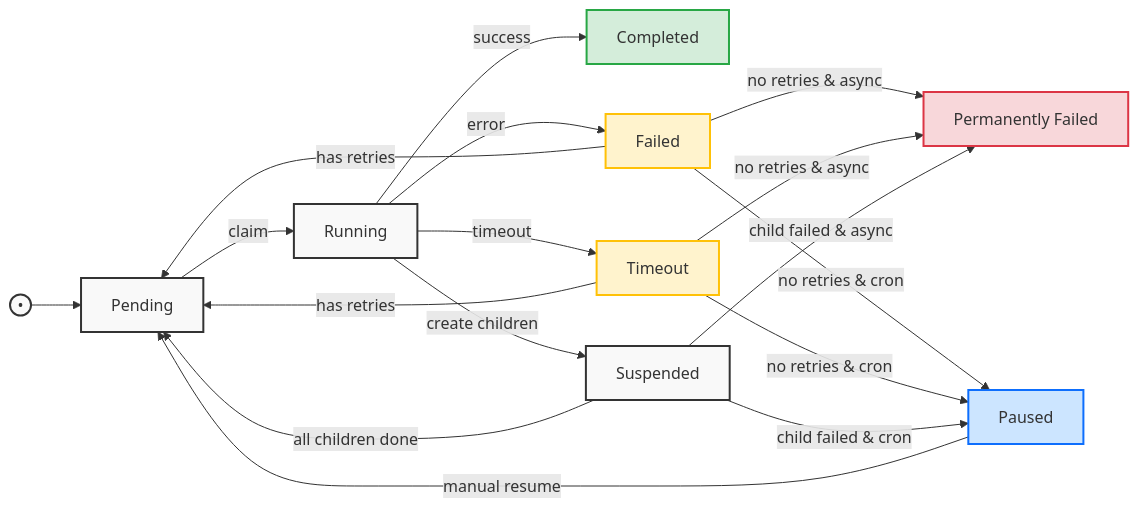
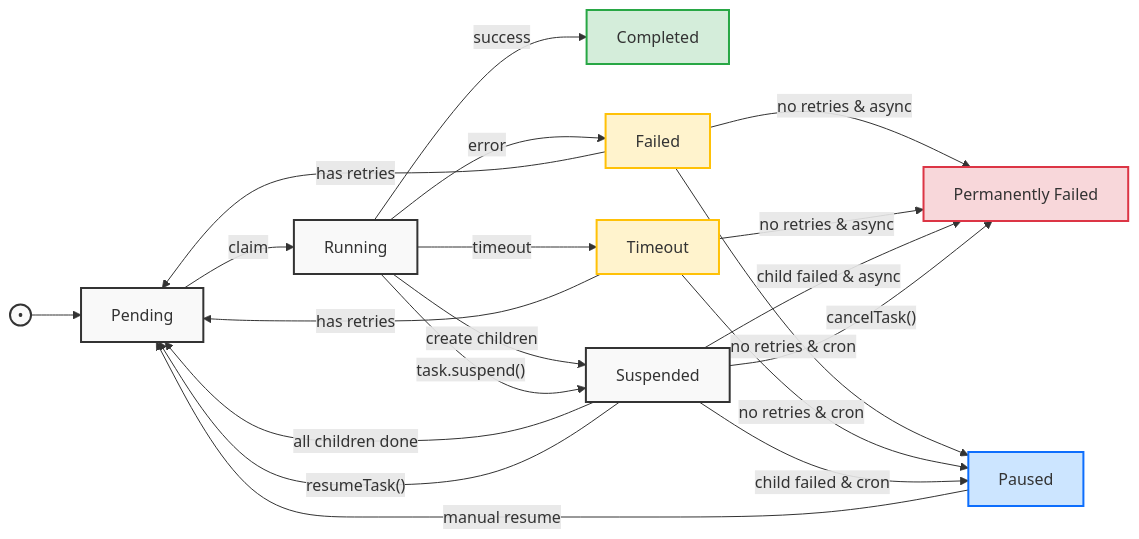
One commit to fibjs/fib-flow changed the diagram in docs/core-concepts.md. Above: the diagram before and after it, drawn with Mermaid. The commit also changed other lines of this file and 16 other files, not shown here.

Commit message:
feat(task): support explicit task suspension for human-in-the-loop workflows

````diff
--- a/docs/core-concepts.md
+++ b/docs/core-concepts.md
@@ -69,49 +77,54 @@
 ```mermaid
 graph LR
     %% Nodes
     init((•)) --> pending
     pending[Pending]
     running[Running]
     completed[Completed]
     failed[Failed]
     timeout[Timeout]
     permanently_failed[Permanently Failed]
     paused[Paused]
     suspended[Suspended]
     
     %% Basic transitions
     pending --> |"claim"| running
     running --> |"success"| completed
     running --> |"error"| failed
     running --> |"timeout"| timeout
     
     %% Retry transitions
     failed --> |"has retries"| pending
     timeout --> |"has retries"| pending
     failed --> |"no retries & async"| permanently_failed
     timeout --> |"no retries & async"| permanently_failed
     failed --> |"no retries & cron"| paused
     timeout --> |"no retries & cron"| paused
     
     %% Workflow transitions
     running --> |"create children"| suspended
     suspended --> |"all children done"| pending
     suspended --> |"child failed & async"| permanently_failed
     suspended --> |"child failed & cron"| paused
     
+    %% Explicit suspension (human-in-the-loop)
+    running --> |"task.suspend()"| suspended
+    suspended --> |"resumeTask()"| pending
+    suspended --> |"cancelTask()"| permanently_failed
+    
     %% Recovery
     paused --> |"manual resume"| pending
     
     %% Styling
     classDef default fill:#f9f9f9,stroke:#333,stroke-width:2px
     classDef active fill:#d4edda,stroke:#28a745
     classDef error fill:#f8d7da,stroke:#dc3545
     classDef warning fill:#fff3cd,stroke:#ffc107
     classDef info fill:#cce5ff,stroke:#0d6efd
     
     class pending,running,suspended default
     class completed active
     class failed,timeout warning
     class permanently_failed error
     class paused info
 ```
````
